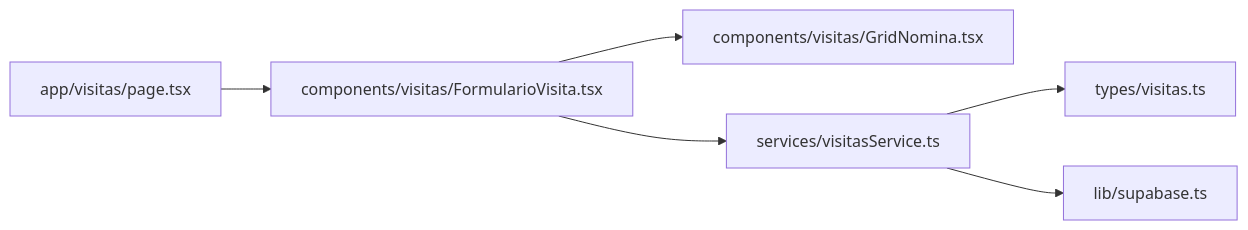
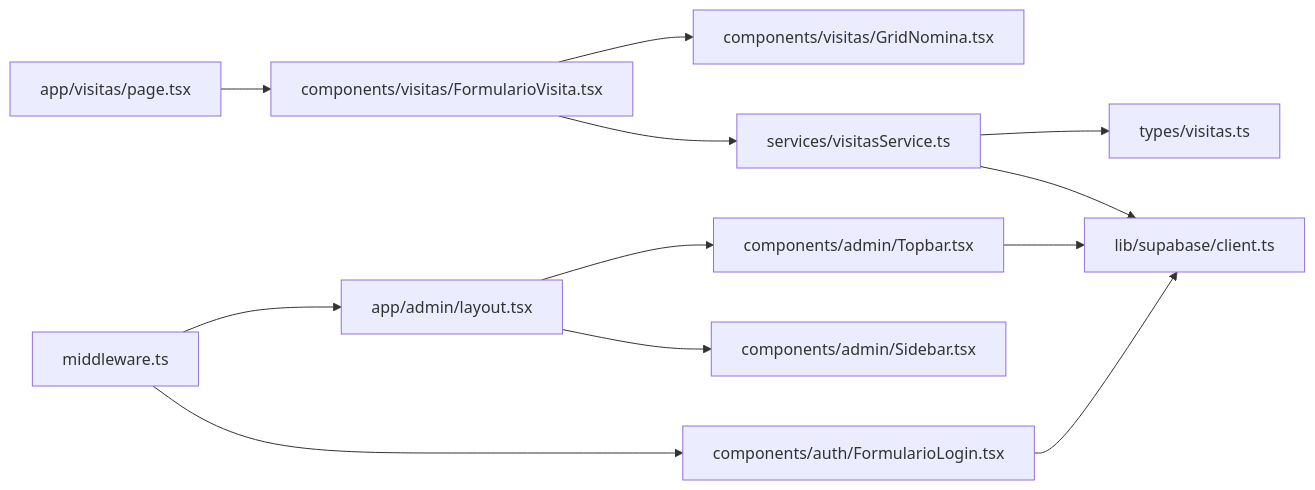
The seventh of 7 diagrams in .qoder/repowiki/en/content/Application Structure & Organization/Administrative Panel.md (AgusCatra/simu-twin-web), drawn with Mermaid before and after one commit. The commit also changed other lines of this file and 16 other files, not shown here.

````diff
--- a/.qoder/repowiki/en/content/Application Structure & Organization/Administrative Panel.md
+++ b/.qoder/repowiki/en/content/Application Structure & Organization/Administrative Panel.md
@@ -238,8 +350,14 @@
 ```mermaid
 graph LR
 Page["app/visitas/page.tsx"] --> Form["components/visitas/FormularioVisita.tsx"]
 Form --> Grid["components/visitas/GridNomina.tsx"]
 Form --> Service["services/visitasService.ts"]
 Service --> Types["types/visitas.ts"]
-Service --> Supabase["lib/supabase.ts"]
+Service --> Supabase["lib/supabase/client.ts"]
+AdminLayout["app/admin/layout.tsx"] --> Topbar["components/admin/Topbar.tsx"]
+AdminLayout --> Sidebar["components/admin/Sidebar.tsx"]
+Topbar --> Supabase
+LoginForm["components/auth/FormularioLogin.tsx"] --> Supabase
+Middleware["middleware.ts"] --> AdminLayout
+Middleware --> LoginForm
 ```
````
